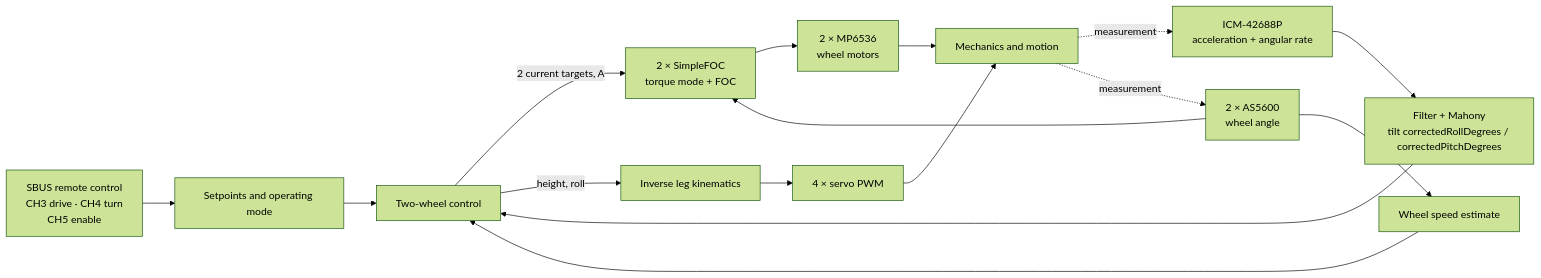
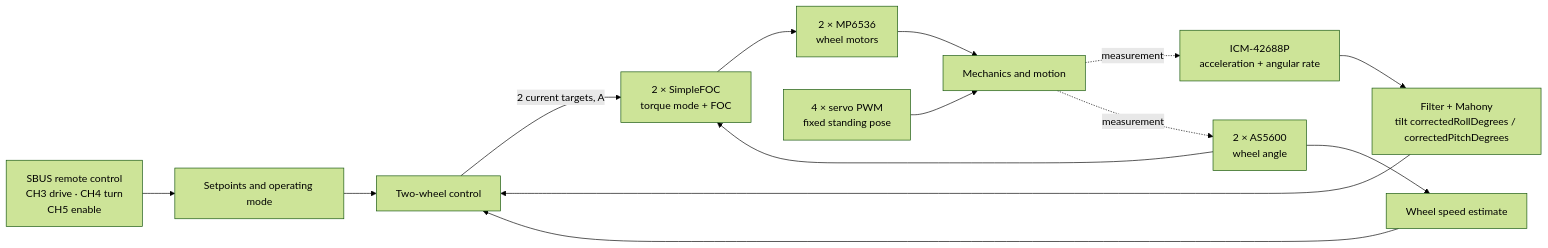
The diagram in docs/robot/software/control-flow.md (nikolasvoss/Navbot-ES02), drawn with Mermaid (forest theme) before and after one commit. The commit also changed other lines of this file and 8 other files, not shown here.

First line of the commit message:
refactor(robot): remove the posture controller, IK, and LegKinematics

````diff
--- a/docs/robot/software/control-flow.md
+++ b/docs/robot/software/control-flow.md
@@ -13,18 +13,17 @@
 ```mermaid
 flowchart LR
     RC[SBUS remote control<br/>CH3 drive · CH4 turn<br/>CH5 enable] --> CMD[Setpoints and operating mode]
     IMU[ICM-42688P<br/>acceleration + angular rate] --> MAH[Filter + Mahony<br/>tilt correctedRollDegrees / correctedPitchDegrees]
     ENC[2 × AS5600<br/>wheel angle] --> VEL[Wheel speed estimate]
     CMD --> CTRL[Two-wheel control]
     MAH --> CTRL
     VEL --> CTRL
     CTRL -->|2 current targets, A| FOC[2 × SimpleFOC<br/>torque mode + FOC]
     ENC --> FOC
     FOC --> DRV[2 × MP6536<br/>wheel motors]
-    CTRL -->|height, roll| IK[Inverse leg kinematics]
-    IK --> SERVO[4 × servo PWM]
+    SERVO[4 × servo PWM<br/>fixed standing pose]
     DRV --> ROBOT[Mechanics and motion]
     SERVO --> ROBOT
     ROBOT -. measurement .-> IMU
     ROBOT -. measurement .-> ENC
 ```
````
